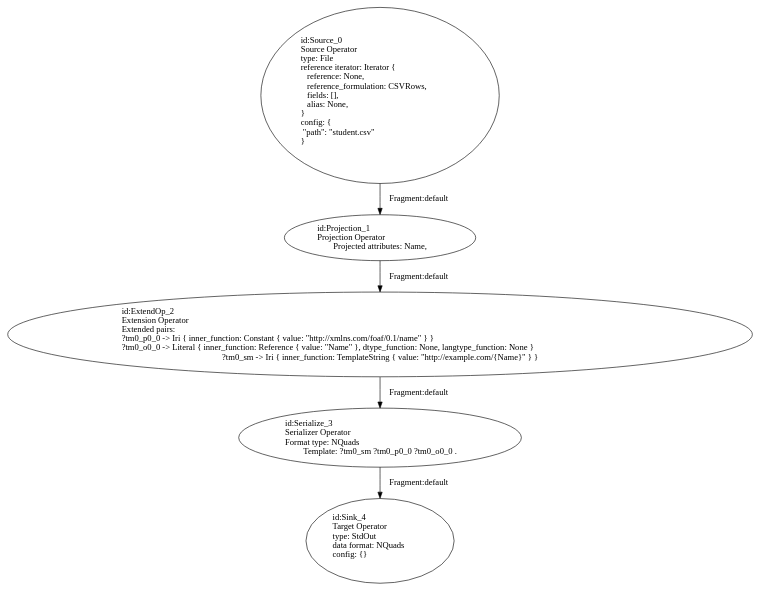
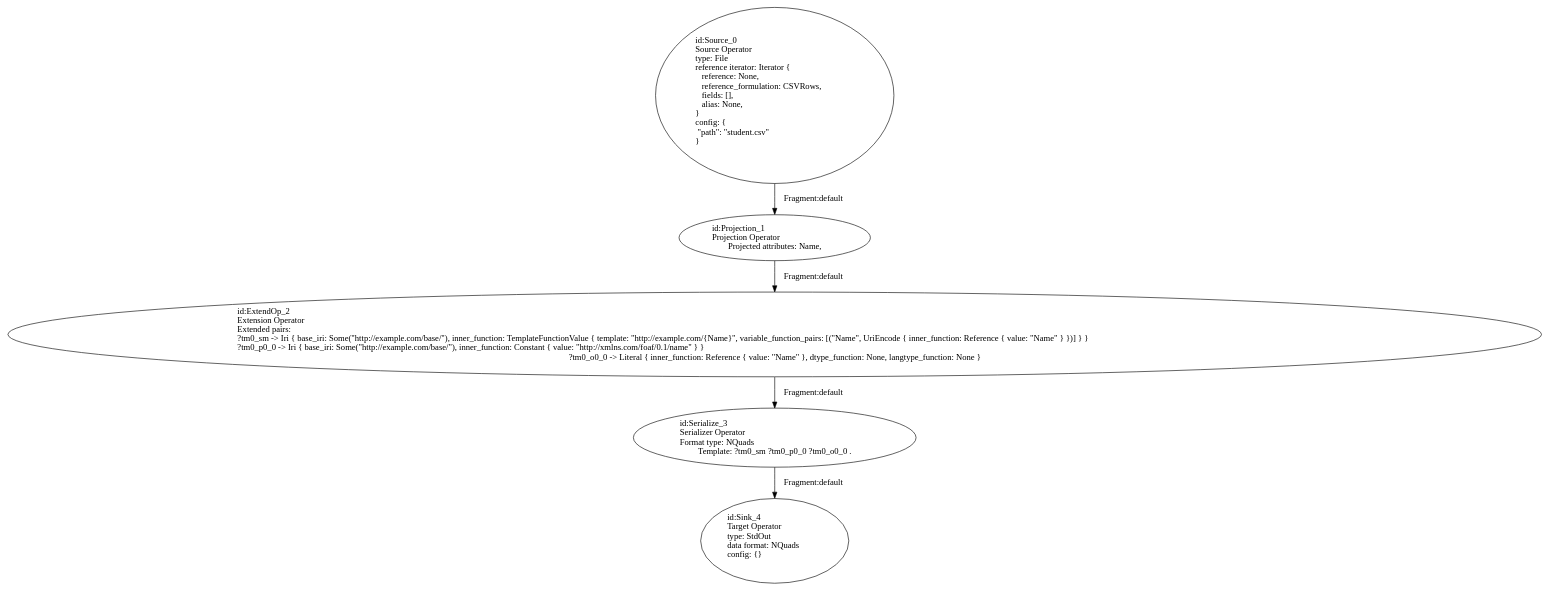
The diagram in test-resources/rml-testcases/RMLTC0000-CSV/mapping_pretty.dot (ghsnd/mopper), drawn with Graphviz before and after one commit. The commit also changed 31 other files, not shown here.

```diff
--- a/test-resources/rml-testcases/RMLTC0000-CSV/mapping_pretty.dot
+++ b/test-resources/rml-testcases/RMLTC0000-CSV/mapping_pretty.dot
@@ -1,11 +1,11 @@
 digraph {
     0 [ label = "id:Source_0 \lSource Operator\ltype: File \lreference iterator: Iterator {\l    reference: None,\l    reference_formulation: CSVRows,\l    fields: [],\l    alias: None,\l} \lconfig: {\l  \"path\": \"student.csv\"\l}\l             " ]
     1 [ label = "id:Projection_1 \lProjection Operator\lProjected attributes: Name, " ]
-    2 [ label = "id:ExtendOp_2 \lExtension Operator\lExtended pairs: \l ?tm0_p0_0 -> Iri { inner_function: Constant { value: \"http://xmlns.com/foaf/0.1/name\" } }\l?tm0_o0_0 -> Literal { inner_function: Reference { value: \"Name\" }, dtype_function: None, langtype_function: None }\l?tm0_sm -> Iri { inner_function: TemplateString { value: \"http://example.com/{Name}\" } }" ]
+    2 [ label = "id:ExtendOp_2 \lExtension Operator\lExtended pairs: \l ?tm0_sm -> Iri { base_iri: Some(\"http://example.com/base/\"), inner_function: TemplateFunctionValue { template: \"http://example.com/{Name}\", variable_function_pairs: [(\"Name\", UriEncode { inner_function: Reference { value: \"Name\" } })] } }\l?tm0_p0_0 -> Iri { base_iri: Some(\"http://example.com/base/\"), inner_function: Constant { value: \"http://xmlns.com/foaf/0.1/name\" } }\l?tm0_o0_0 -> Literal { inner_function: Reference { value: \"Name\" }, dtype_function: None, langtype_function: None }" ]
     3 [ label = "id:Serialize_3 \lSerializer Operator\lFormat type: NQuads\lTemplate: ?tm0_sm ?tm0_p0_0 ?tm0_o0_0 ." ]
     4 [ label = "id:Sink_4 \lTarget Operator\ltype: StdOut \ldata format: NQuads \lconfig: {}\l             " ]
     0 -> 1 [ label = "Fragment:default" ]
     1 -> 2 [ label = "Fragment:default" ]
     2 -> 3 [ label = "Fragment:default" ]
     3 -> 4 [ label = "Fragment:default" ]
 }
```
